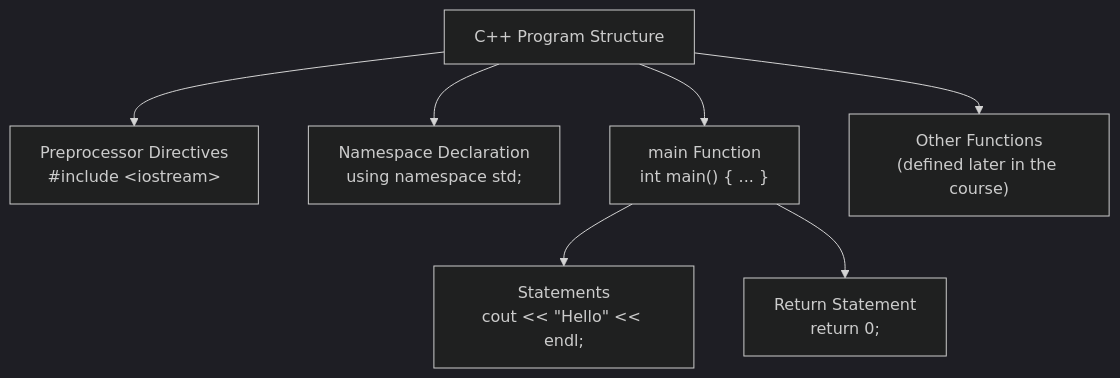
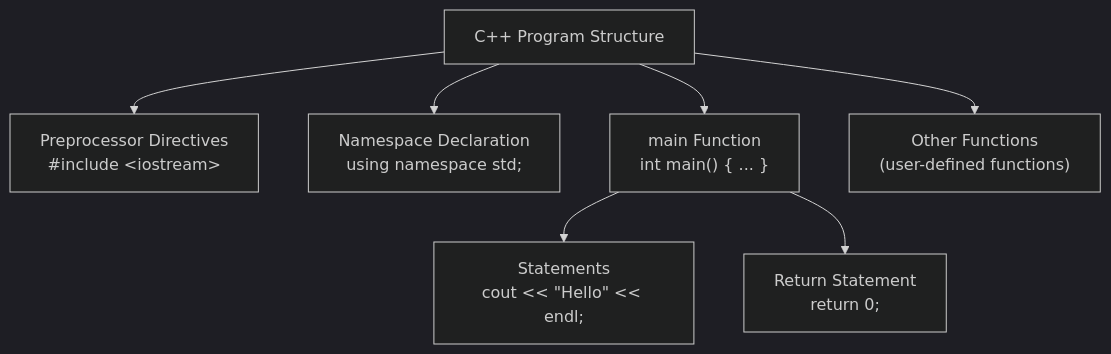
One commit to Choroning/24Fall_CPP-Practice changed the first of 2 diagrams in Lecture-Notes/Ch02_CPP-Programming-Basics/Concepts_Lecture.md. Above: the diagram before and after it, drawn with Mermaid (dark theme). The commit also changed other lines of this file and 35 other files, not shown here.

````diff
--- a/Lecture-Notes/Ch02_CPP-Programming-Basics/Concepts_Lecture.md
+++ b/Lecture-Notes/Ch02_CPP-Programming-Basics/Concepts_Lecture.md
@@ -72,9 +72,9 @@
 ```mermaid
 graph TD
     P["C++ Program Structure"] --> D["Preprocessor Directives<br>#include #lt;iostream#gt;"]
     P --> N["Namespace Declaration<br>using namespace std;"]
     P --> M["main Function<br>int main() { ... }"]
     M --> S["Statements<br>cout #lt;#lt; #quot;Hello#quot; #lt;#lt; endl;"]
     M --> R["Return Statement<br>return 0;"]
-    P --> O["Other Functions<br>(defined later in the course)"]
+    P --> O["Other Functions<br>(user-defined functions)"]
 ```
````
